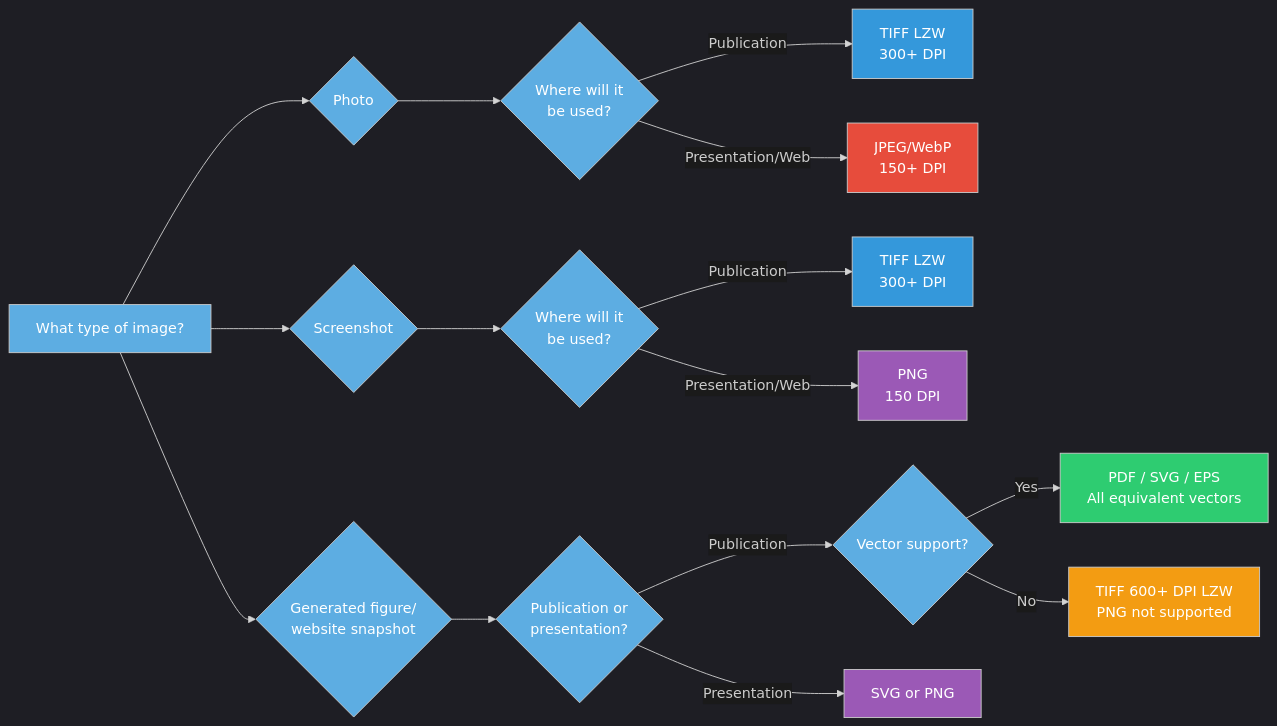
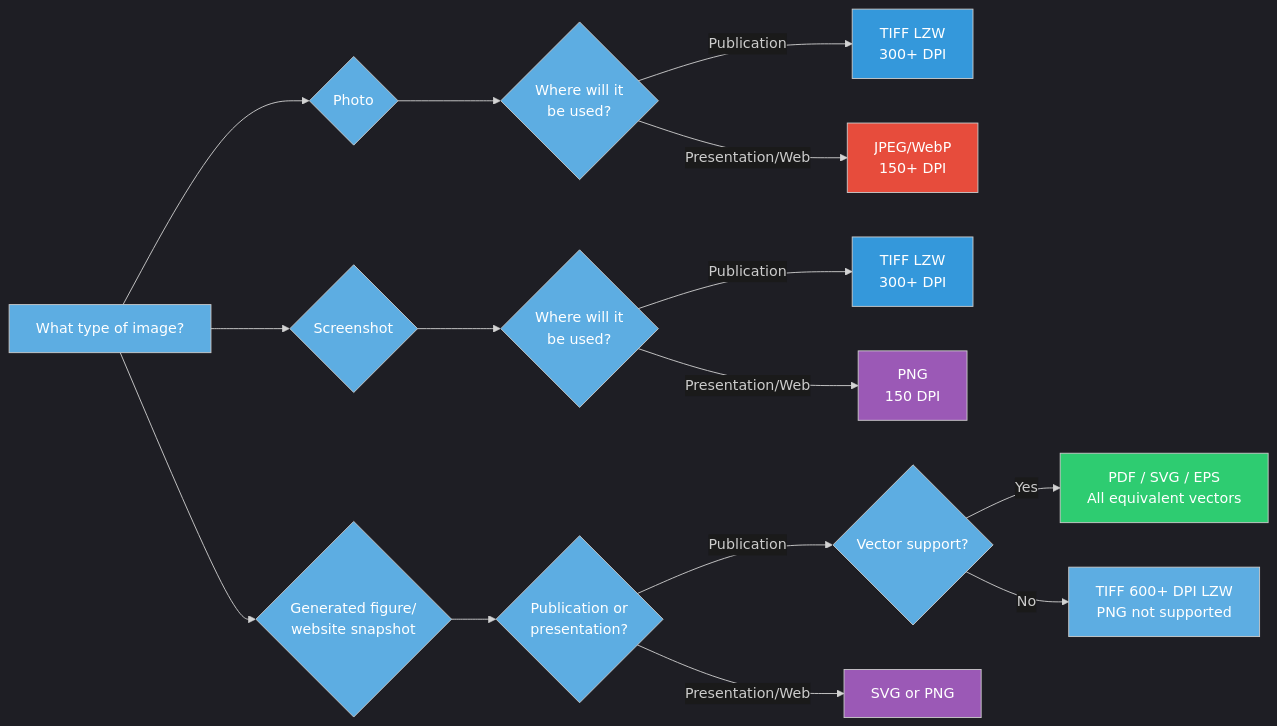
Before and after one commit to stanstrup/figure_presentation: the diagram in topics/01_formats.qmd, drawn with Mermaid. The commit also changed other lines of this file, not shown here.

Commit message:
fix mermaid color

````diff
--- a/topics/01_formats.qmd
+++ b/topics/01_formats.qmd
@@ -198,41 +198,40 @@
 ```{mermaid}
 %%{init: {'theme':'dark', 'themeVariables': {'edgeLabelBackground':'#1a1a1a', 'primaryTextColor':'#fff', 'secondaryTextColor':'#fff', 'tertiaryTextColor':'#fff'}}}%%
 
 flowchart LR
     A[What type of image?] --> B{Photo}
     A --> C{Screenshot}
     A --> D{Generated figure/<br/>website snapshot}
-
 
     B --> B1{Where will it<br/>be used?}
     B1 -->|Publication| B2[TIFF LZW<br/>300+ DPI]
     B1 -->|Presentation/Web| B3[JPEG/WebP <br/> 150+ DPI]
 
     C --> C1{Where will it<br/>be used?}
     C1 -->|Publication| C2[TIFF LZW<br/>300+ DPI]
     C1 -->|Presentation/Web| C3[PNG<br/>150 DPI]
 
     D --> D1{Publication or<br/>presentation?}
     D1 -->|Publication| D2{Vector support?}
-    D1 -->|Presentation| D3[SVG or PNG]
+    D1 -->|Presentation/Web| D3[SVG or PNG]
 
     D2 -->|Yes| D4[PDF / SVG / EPS<br/>All equivalent vectors]
     D2 -->|No| D5[TIFF 600+ DPI LZW<br/>PNG not supported]
 
     style A fill:#5dade2,color:#fff
     style B fill:#5dade2,color:#fff
     style C fill:#5dade2,color:#fff
     style D fill:#5dade2,color:#fff
     style B1 fill:#5dade2,color:#fff
     style C1 fill:#5dade2,color:#fff
     style D1 fill:#5dade2,color:#fff
     style D2 fill:#5dade2,color:#fff
     style D4 fill:#2ecc71,color:#fff
-    style D5 fill:#f39c12,color:#fff
+    style D5 fill:#5dade2,color:#fff
     style D3 fill:#9b59b6,color:#fff
     style B2 fill:#3498db,color:#fff
     style B3 fill:#e74c3c,color:#fff
     style C2 fill:#3498db,color:#fff
     style C3 fill:#9b59b6,color:#fff
 
 ```
````
